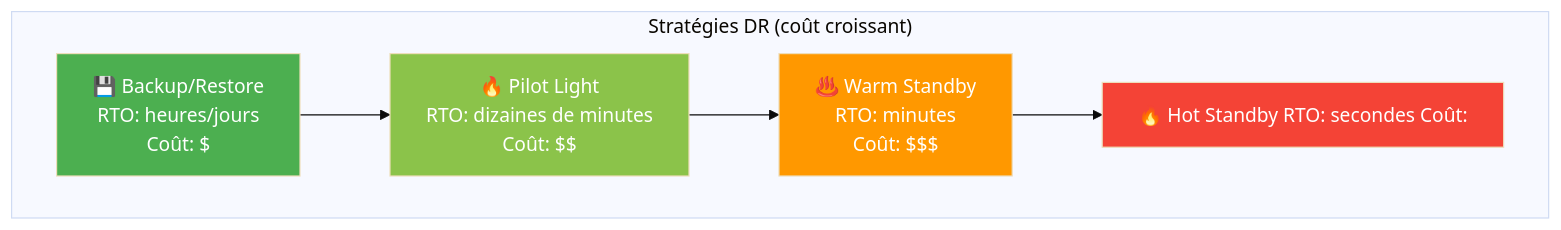
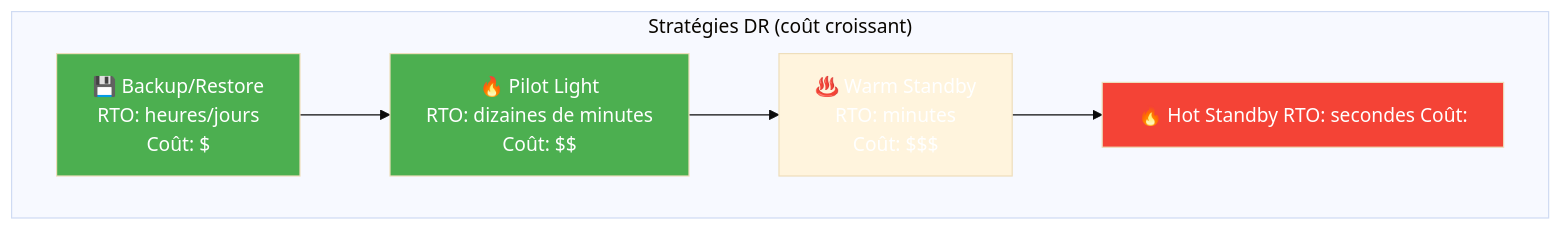
The sixth of 14 diagrams in docs/formations/cloud-fundamentals/05-module.md (VBlackJack/ShellBook), drawn with Mermaid (base theme) before and after one commit. The commit also changed other lines of this file and 337 other files, not shown here.

First line of the commit message:
refactor(docs): Standardize code blocks and Mermaid colors

````diff
--- a/docs/formations/cloud-fundamentals/05-module.md
+++ b/docs/formations/cloud-fundamentals/05-module.md
@@ -169,16 +169,16 @@
 ```mermaid
 graph TB
     subgraph "Stratégies DR (coût croissant)"
         BACKUP["💾 Backup/Restore<br/>RTO: heures/jours<br/>Coût: $"]
         PILOT["🔥 Pilot Light<br/>RTO: dizaines de minutes<br/>Coût: $$"]
         WARM["♨️ Warm Standby<br/>RTO: minutes<br/>Coût: $$$"]
         HOT["🔥 Hot Standby<br/>RTO: secondes<br/>Coût: $$$$"]
     end
 
     BACKUP --> PILOT --> WARM --> HOT
 
     style BACKUP fill:#4caf50,color:#fff
-    style PILOT fill:#8bc34a,color:#fff
-    style WARM fill:#ff9800,color:#fff
+    style PILOT fill:#4CAF50,color:#fff
+    style WARM fill:#FF9800800800,color:#fff
     style HOT fill:#f44336,color:#fff
 ```
````
